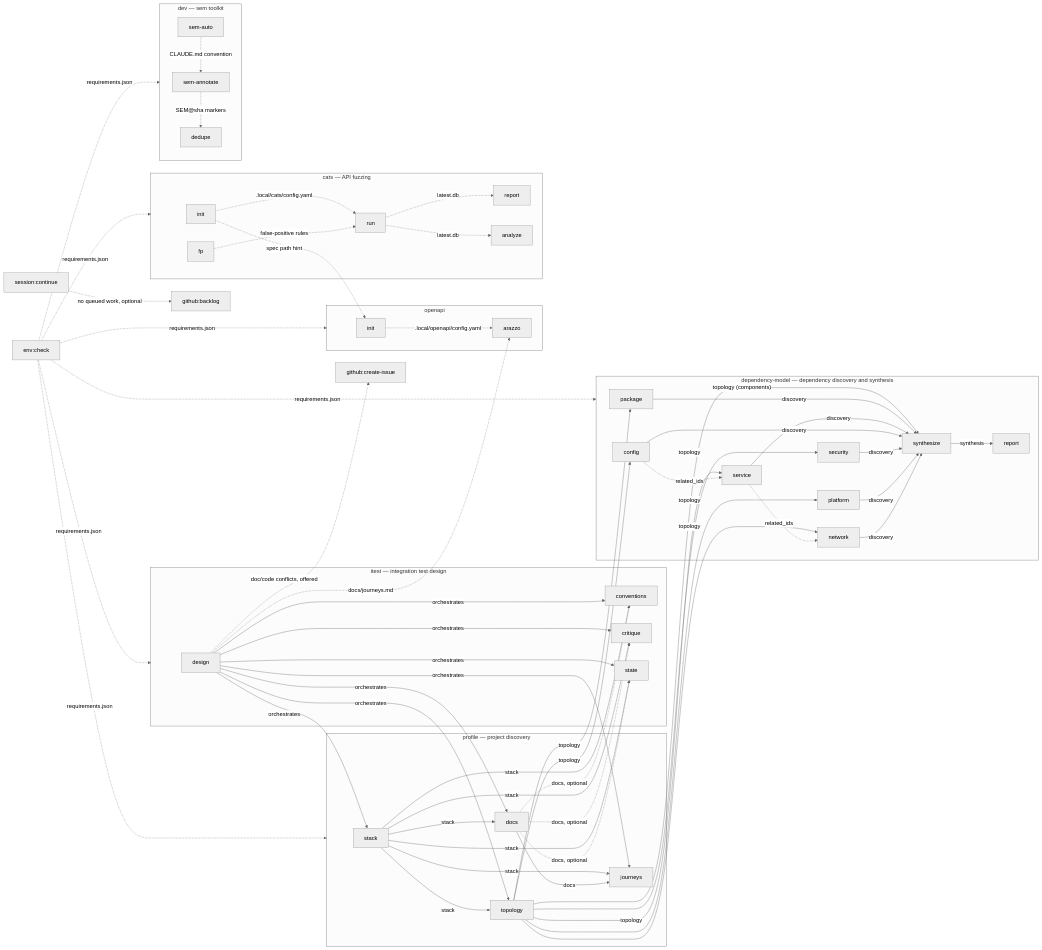
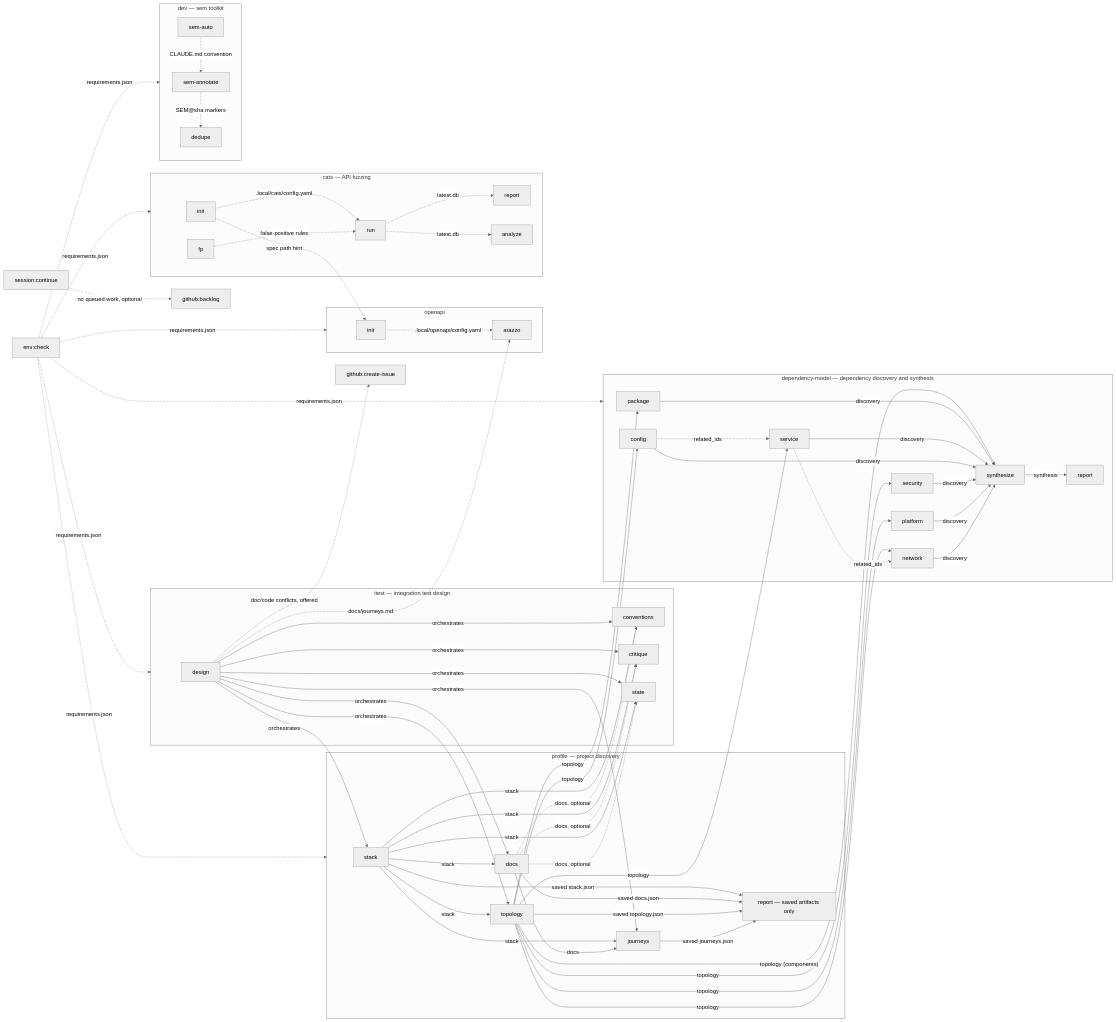
One commit to ericfitz/skills changed the diagram in docs/ARCHITECTURE.md. Above: the diagram before and after it, drawn with Mermaid (neutral theme). The commit also changed other lines of this file and 14 other files, not shown here.

```diff
--- a/docs/ARCHITECTURE.md
+++ b/docs/ARCHITECTURE.md
@@ -38,6 +38,7 @@
     p_docs["docs"]
     p_topo["topology"]
     p_journeys["journeys"]
+    p_report["report — saved artifacts only"]
   end
 
   subgraph itest["itest — integration test design"]
@@ -86,6 +87,10 @@
   p_stack -- "stack" --> p_topo
   p_stack -- "stack" --> p_journeys
   p_docs  -- "docs" --> p_journeys
+  p_stack -- "saved stack.json" --> p_report
+  p_docs -- "saved docs.json" --> p_report
+  p_topo -- "saved topology.json" --> p_report
+  p_journeys -- "saved journeys.json" --> p_report
 
   p_stack -- "stack" --> i_conv
   p_stack -- "stack" --> i_crit
```
